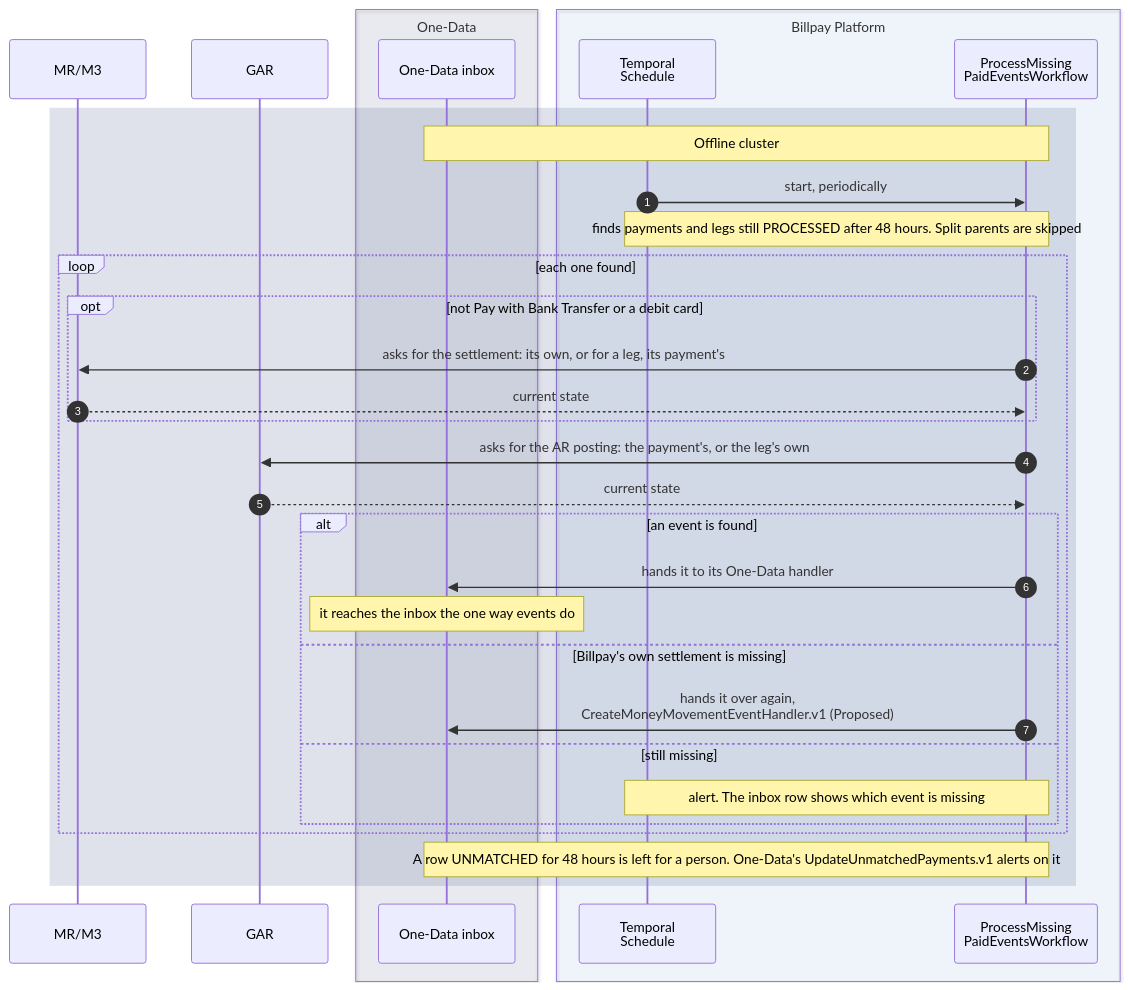
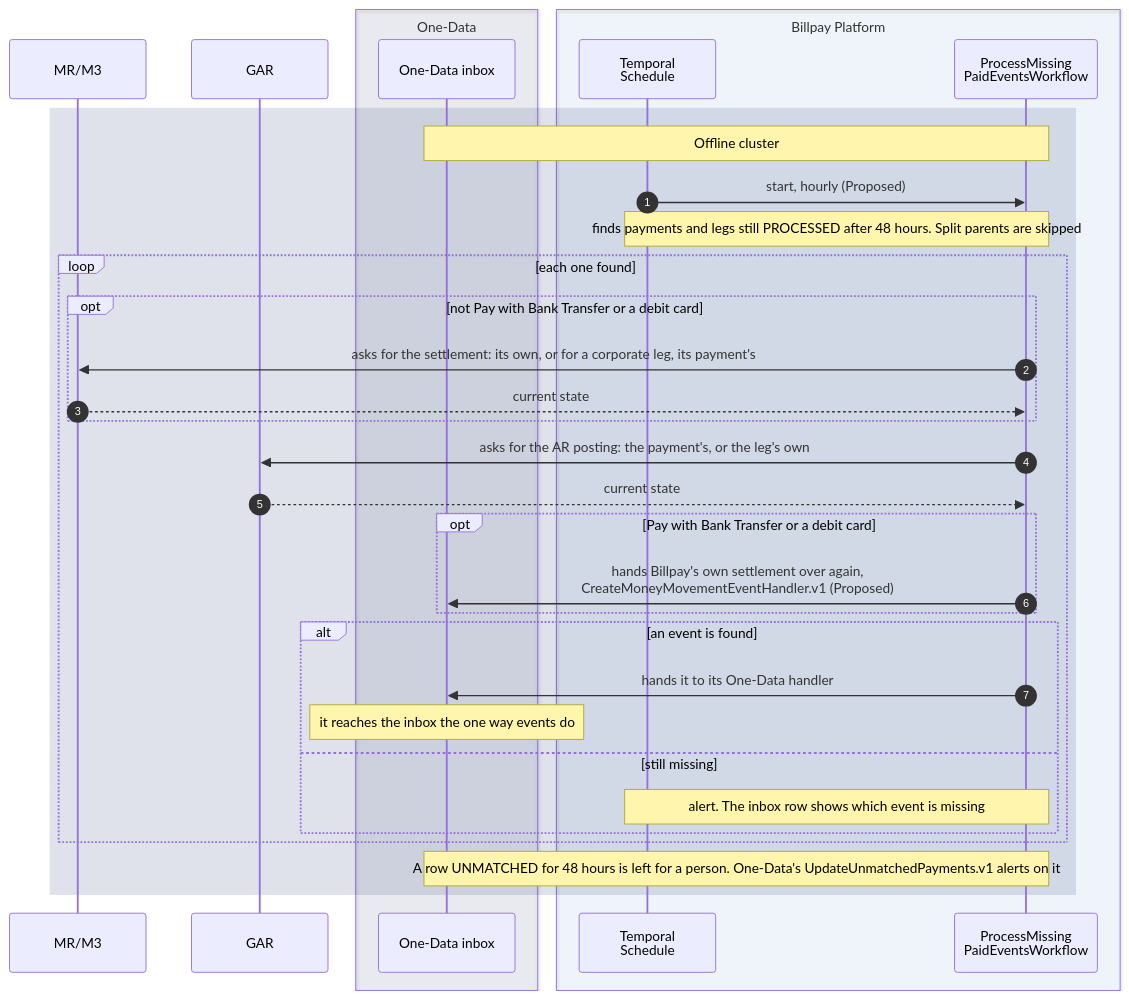
One commit to arunav-bhattacharya/billpay-book changed diagram 11 of 16 in website/docs/design/sequence-diagrams.md. Above: the diagram before and after it, drawn with Mermaid. The commit also changed other lines of this file and 36 other files, not shown here.

````diff
--- a/website/docs/design/sequence-diagrams.md
+++ b/website/docs/design/sequence-diagrams.md
@@ -721,44 +721,45 @@
 ```mermaid
 ---
 config:
   fontFamily: "BentonSansUI, Helvetica, Arial, sans-serif"
   fontSize: 15
 ---
 sequenceDiagram
   autonumber
 
   participant MM as MR/M3
   participant GAR
 
   box rgba(0,23,90,0.07) One-Data
     participant IN as One-Data inbox
   end
 
   box rgba(0,111,207,0.05) Billpay Platform
     participant SCH as Temporal<br/>Schedule
     participant WF as ProcessMissing<br/>PaidEventsWorkflow
   end
 
   rect rgba(0,23,90,0.12)
     Note over IN,WF: Offline cluster
-    SCH->>WF: start, periodically
+    SCH->>WF: start, hourly (Proposed)
     Note over SCH,WF: finds payments and legs still PROCESSED after 48 hours. Split parents are skipped
     loop each one found
       opt not Pay with Bank Transfer or a debit card
-        WF->>MM: asks for the settlement: its own, or for a leg, its payment's
+        WF->>MM: asks for the settlement: its own, or for a corporate leg, its payment's
         MM-->>WF: current state
       end
       WF->>GAR: asks for the AR posting: the payment's, or the leg's own
       GAR-->>WF: current state
+      opt Pay with Bank Transfer or a debit card
+        WF->>IN: hands Billpay's own settlement over again,<br/>CreateMoneyMovementEventHandler.v1 (Proposed)
+      end
       alt an event is found
         WF->>IN: hands it to its One-Data handler
         Note over IN: it reaches the inbox the one way events do
-      else Billpay's own settlement is missing
-        WF->>IN: hands it over again,<br/>CreateMoneyMovementEventHandler.v1 (Proposed)
       else still missing
         Note over SCH,WF: alert. The inbox row shows which event is missing
       end
     end
     Note over IN,WF: A row UNMATCHED for 48 hours is left for a person. One-Data's UpdateUnmatchedPayments.v1 alerts on it
   end
 ```
````
